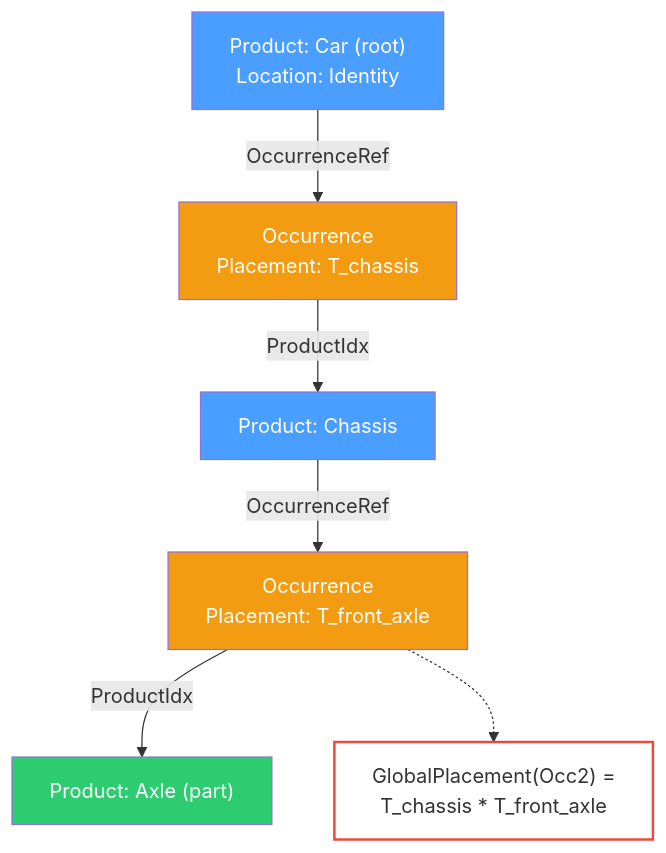
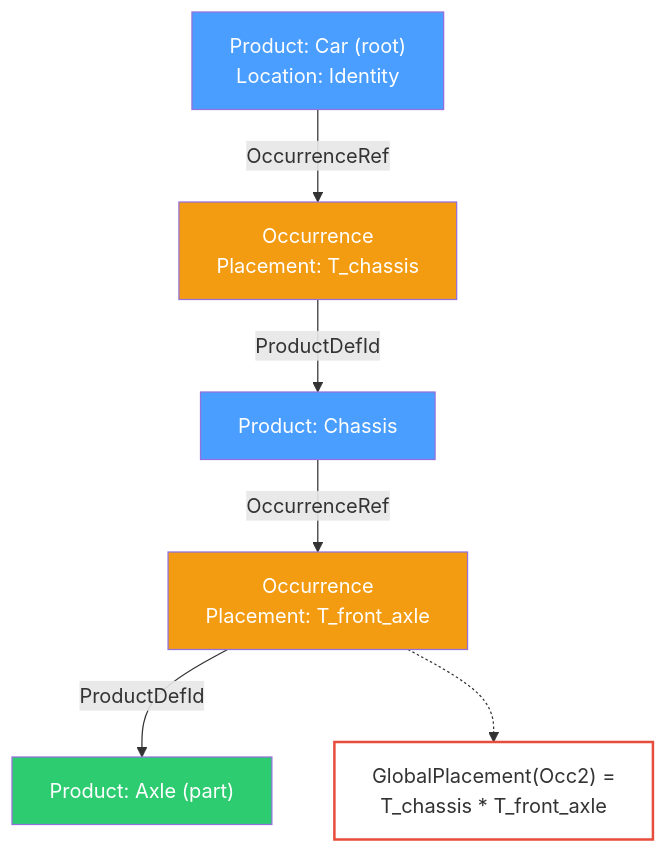
The ninth of 9 diagrams in src/ModelingData/TKBRep/BRepGraph/TODO_Assembly_Visualization.md (Open-Cascade-SAS/OCCT), drawn with Mermaid before and after one commit. The commit also changed other lines of this file and 4 other files, not shown here.

````diff
--- a/src/ModelingData/TKBRep/BRepGraph/TODO_Assembly_Visualization.md
+++ b/src/ModelingData/TKBRep/BRepGraph/TODO_Assembly_Visualization.md
@@ -353,24 +354,24 @@
 ```mermaid
 flowchart TD
     Root["Product: Car (root)<br/>Location: Identity"]
     Occ1["Occurrence<br/>Placement: T_chassis"]
     Chassis["Product: Chassis"]
     Occ2["Occurrence<br/>Placement: T_front_axle"]
     Axle["Product: Axle (part)"]
 
     Root -->|OccurrenceRef| Occ1
-    Occ1 -->|ProductIdx| Chassis
+    Occ1 -->|ProductDefId| Chassis
     Chassis -->|OccurrenceRef| Occ2
-    Occ2 -->|ProductIdx| Axle
+    Occ2 -->|ProductDefId| Axle
 
     GlobalLoc["GlobalPlacement(Occ2) =<br/>T_chassis * T_front_axle"]
 
     Occ2 -.-> GlobalLoc
 
     style Root fill:#4a9eff,color:#fff
     style Chassis fill:#4a9eff,color:#fff
     style Axle fill:#2ecc71,color:#fff
     style Occ1 fill:#f39c12,color:#fff
     style Occ2 fill:#f39c12,color:#fff
     style GlobalLoc fill:#fff,stroke:#e74c3c,stroke-width:2px
 ```
````
